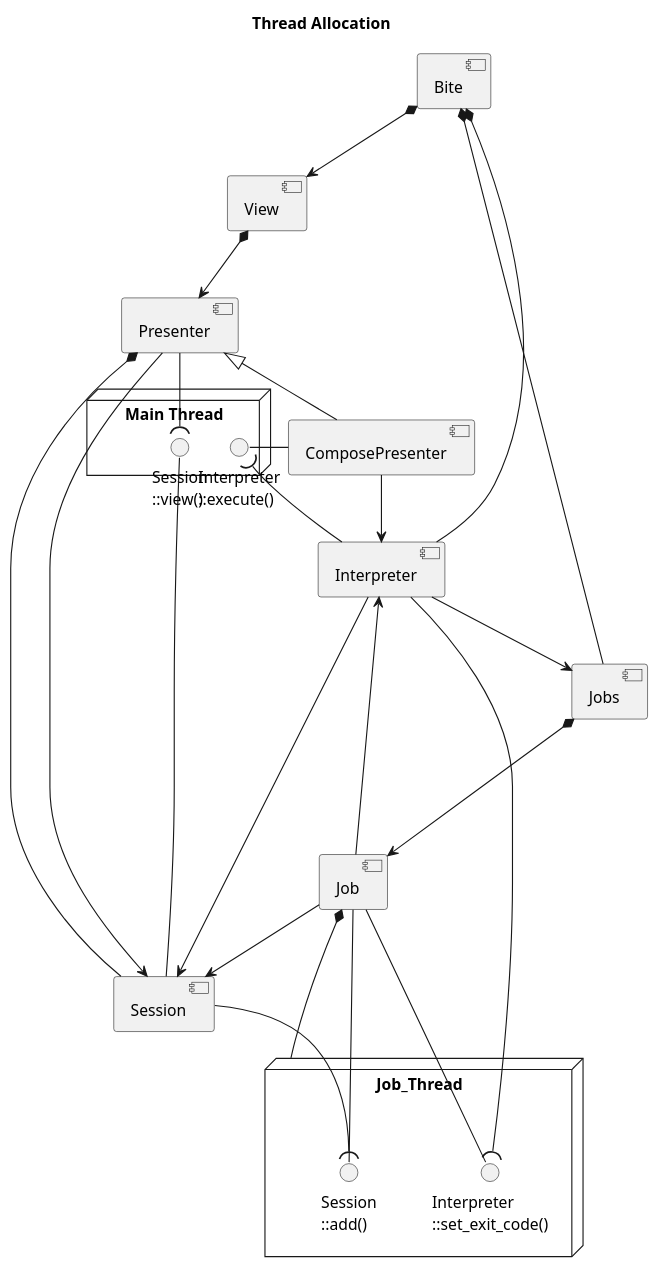
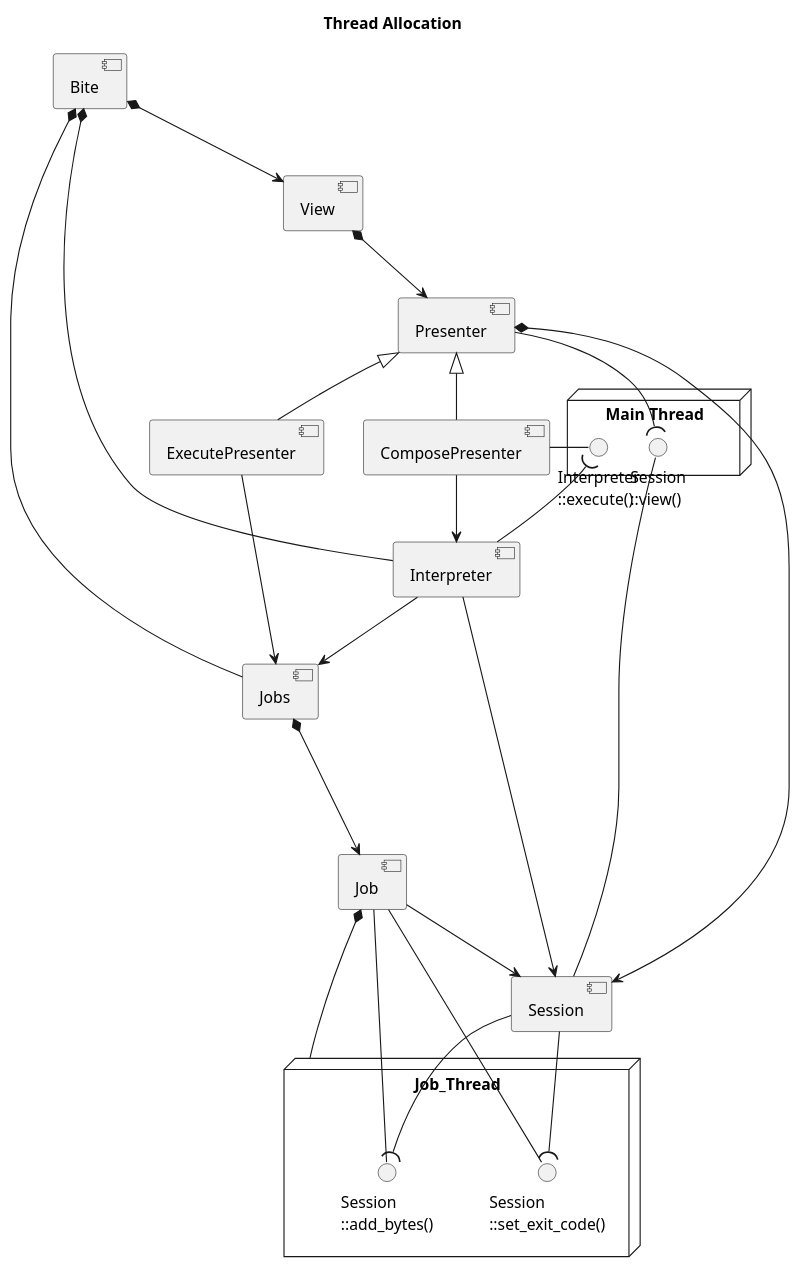
Before and after one commit to LarsEKrueger/bite: the second of 5 diagrams in doc/architecture.pu, drawn with PlantUML. The commit also changed other lines of this file, not shown here.

Commit message:
doc: Update architecture diagrams

```diff
--- a/doc/architecture.pu
+++ b/doc/architecture.pu
@@ -36,53 +38,56 @@
 @startuml
 title Thread Allocation
 
 component Session
 
 component Interpreter
 
-[Presenter] *-- [Session]
+[Presenter] *--> [Session]
 [Bite] *-- [Interpreter]
 [Bite] *-- [Jobs]
 [Jobs] *---> [Job]
 [Job] *--- Job_Thread
 [Bite] *--> [View]
 [View] *--> [Presenter]
 
-Job --> Interpreter
 Job --> Session
 Interpreter --> Jobs
-Presenter --> Session
 
 node "Main Thread" as Main_Thread {
   [Presenter]
   [Interpreter]
   interface "Session\n::view()" as Session_view
   interface "Interpreter\n::execute()" as Interpreter_execute
 }
 
 Presenter -( Session_view
 
 component ComposePresenter
+component ExecutePresenter
 Presenter <|-- ComposePresenter
+Presenter <|-- ExecutePresenter
 
 ComposePresenter - Interpreter_execute
 ComposePresenter --> Interpreter
 
+ExecutePresenter --> Jobs
+
 node "Job Thread" as Job_Thread {
-  interface "Session\n::add()" as Session_add
+  interface "Session\n::add_bytes()" as Session_add
 
-  interface "Interpreter\n::set_exit_code()" as Interpreter_set_exit_code
+  interface "Session\n::set_exit_code()" as Session_set_exit_code
 }
 
 Session_view -- Session
 Session --( Session_add
 
+Session --( Session_set_exit_code
+Session_set_exit_code -- Job
+
 [Job] -- Session_add
-[Job] -- Interpreter_set_exit_code
 
-Interpreter --( Interpreter_set_exit_code
 Interpreter_execute )-- Interpreter
 
 Interpreter --> Session
 
 @enduml
```
